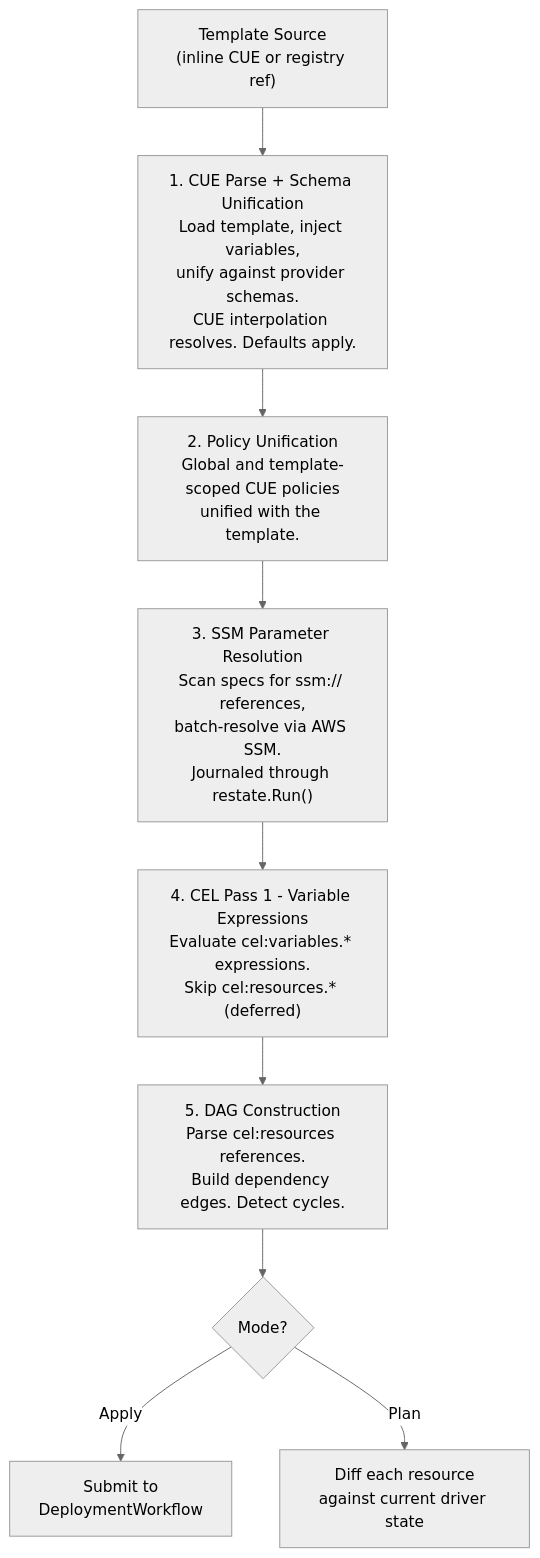
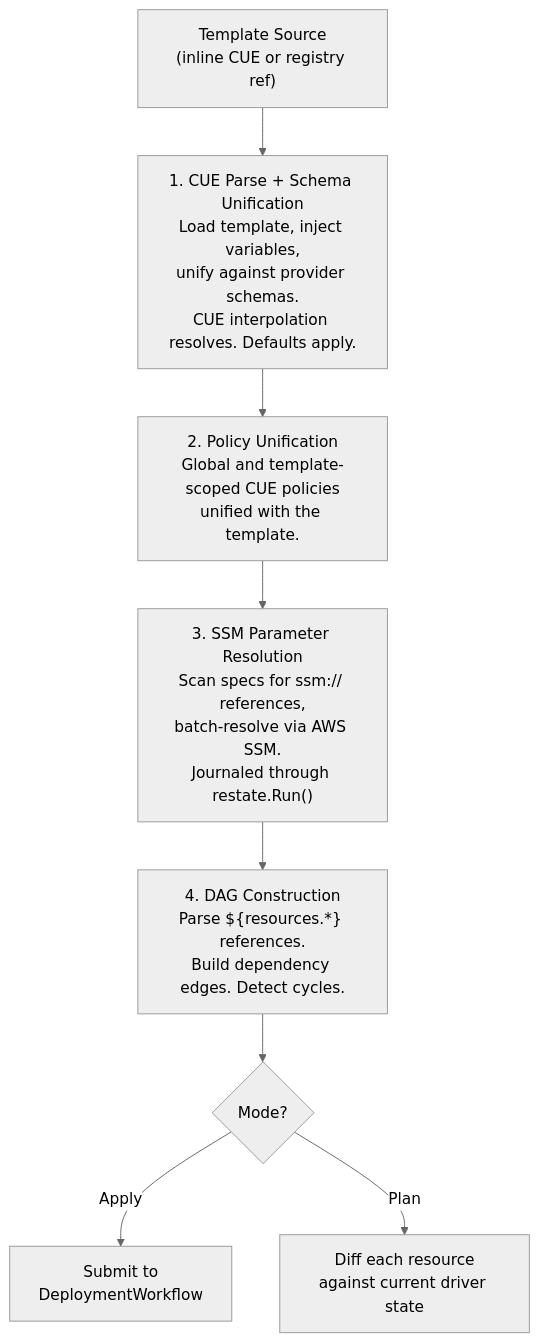
One commit to shirvan/praxis changed the first of 4 diagrams in docs/TEMPLATES.md. Above: the diagram before and after it, drawn with Mermaid (neutral theme). The commit also changed other lines of this file and 33 other files, not shown here.

````diff
--- a/docs/TEMPLATES.md
+++ b/docs/TEMPLATES.md
@@ -119,11 +119,10 @@
 ```mermaid
 flowchart TD
     A["Template Source<br/>(inline CUE or registry ref)"] --> B["1. CUE Parse + Schema Unification<br/>Load template, inject variables,<br/>unify against provider schemas.<br/>CUE interpolation resolves. Defaults apply."]
     B --> C["2. Policy Unification<br/>Global and template-scoped CUE policies<br/>unified with the template."]
     C --> D["3. SSM Parameter Resolution<br/>Scan specs for ssm:// references,<br/>batch-resolve via AWS SSM.<br/>Journaled through restate.Run()"]
-    D --> E["4. CEL Pass 1 - Variable Expressions<br/>Evaluate cel:variables.* expressions.<br/>Skip cel:resources.* (deferred)"]
-    E --> F["5. DAG Construction<br/>Parse cel:resources references.<br/>Build dependency edges. Detect cycles."]
-    F --> G{"Mode?"}
-    G -->|Apply| H["Submit to<br/>DeploymentWorkflow"]
-    G -->|Plan| I["Diff each resource<br/>against current driver state"]
+    D --> E["4. DAG Construction<br/>Parse ${resources.*} references.<br/>Build dependency edges. Detect cycles."]
+    E --> F{"Mode?"}
+    F -->|Apply| G["Submit to<br/>DeploymentWorkflow"]
+    F -->|Plan| H["Diff each resource<br/>against current driver state"]
 ```
````
